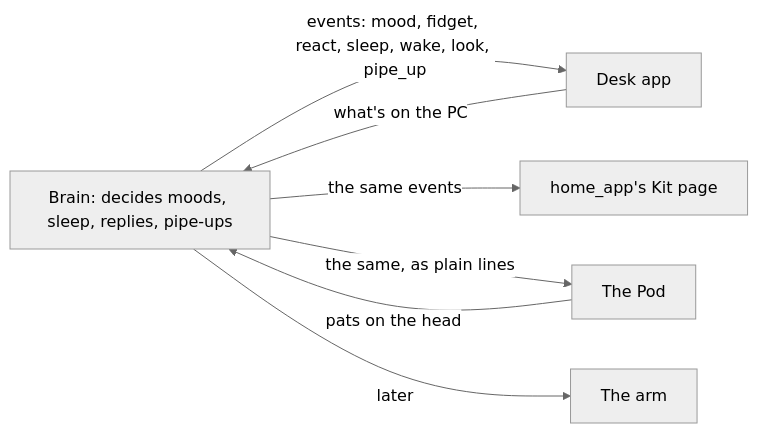
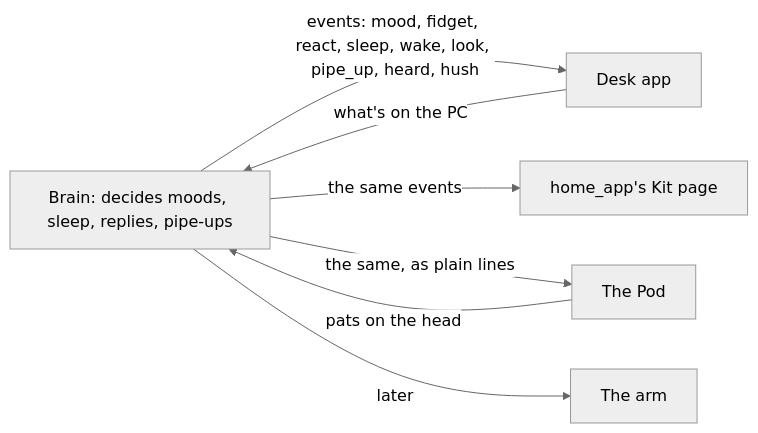
The diagram in docs/2 How Kit Works/Bodies.md (Senitage/Kit), drawn with Mermaid (neutral theme) before and after one commit. The commit also changed other lines of this file and 41 other files, not shown here.

````diff
--- a/docs/2 How Kit Works/Bodies.md
+++ b/docs/2 How Kit Works/Bodies.md
@@ -20,10 +20,10 @@
 ```mermaid
 flowchart LR
     Brain["Brain: decides moods, sleep, replies, pipe-ups"]
-    Brain -- "events: mood, fidget, react, sleep, wake, look, pipe_up" --> Desk["Desk app"]
+    Brain -- "events: mood, fidget, react, sleep, wake, look, pipe_up, heard, hush" --> Desk["Desk app"]
     Brain -- "the same events" --> Home["home_app's Kit page"]
     Brain -- "the same, as plain lines" --> Pod["The Pod"]
     Brain -- "later" --> Arm["The arm"]
     Desk -- "what's on the PC" --> Brain
     Pod -- "pats on the head" --> Brain
 ```
````
